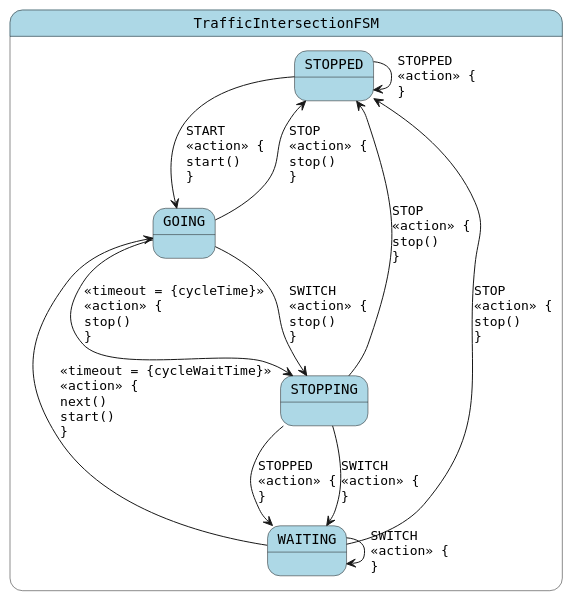
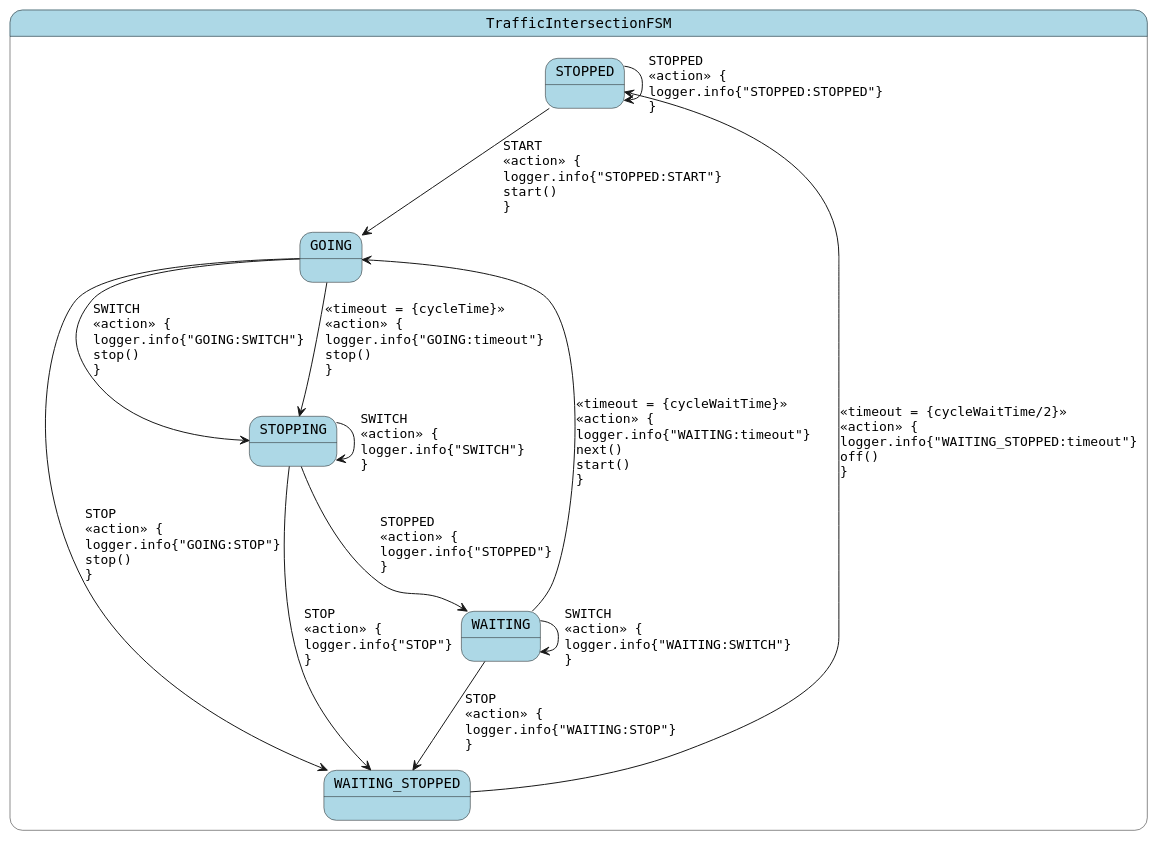
The diagram in generated/traffic-intersection.plantuml (open-jumpco/kfsm-android-compose-traffic), drawn with PlantUML before and after one commit. The commit also changed 9 other files, not shown here.

Commit message:
updated docs and added simple state diagrams

```diff
--- a/generated/traffic-intersection.plantuml
+++ b/generated/traffic-intersection.plantuml
@@ -1,20 +1,21 @@
 @startuml
 skinparam StateFontName Helvetica
 skinparam defaultFontName Monospaced
 skinparam state {
     BackgroundColor LightBlue
 }
 state TrafficIntersectionFSM {
-STOPPED --> GOING : START\l<<action>> {\lstart()\l}
-STOPPED --> STOPPED : STOPPED\l<<action>> {\l}
-GOING --> STOPPING : <<timeout = {cycleTime}>>\l<<action>> {\lstop()\l}
-GOING --> STOPPING : SWITCH\l<<action>> {\lstop()\l}
-GOING --> STOPPED : STOP\l<<action>> {\lstop()\l}
-STOPPING --> WAITING : STOPPED\l<<action>> {\l}
-STOPPING --> WAITING : SWITCH\l<<action>> {\l}
-STOPPING --> STOPPED : STOP\l<<action>> {\lstop()\l}
-WAITING --> GOING : <<timeout = {cycleWaitTime}>>\l<<action>> {\lnext()\lstart()\l}
-WAITING --> WAITING : SWITCH\l<<action>> {\l}
-WAITING --> STOPPED : STOP\l<<action>> {\lstop()\l}
+STOPPED --> GOING : START\l<<action>> {\llogger.info{"STOPPED:START"}\lstart()\l}
+STOPPED --> STOPPED : STOPPED\l<<action>> {\llogger.info{"STOPPED:STOPPED"}\l}
+GOING --> STOPPING : <<timeout = {cycleTime}>>\l<<action>> {\llogger.info{"GOING:timeout"}\lstop()\l}
+GOING --> STOPPING : SWITCH\l<<action>> {\llogger.info{"GOING:SWITCH"}\lstop()\l}
+GOING --> WAITING_STOPPED : STOP\l<<action>> {\llogger.info{"GOING:STOP"}\lstop()\l}
+STOPPING --> WAITING : STOPPED\l<<action>> {\llogger.info{"STOPPED"}\l}
+STOPPING --> STOPPING : SWITCH\l<<action>> {\llogger.info{"SWITCH"}\l}
+STOPPING --> WAITING_STOPPED : STOP\l<<action>> {\llogger.info{"STOP"}\l}
+WAITING --> GOING : <<timeout = {cycleWaitTime}>>\l<<action>> {\llogger.info{"WAITING:timeout"}\lnext()\lstart()\l}
+WAITING --> WAITING : SWITCH\l<<action>> {\llogger.info{"WAITING:SWITCH"}\l}
+WAITING --> WAITING_STOPPED : STOP\l<<action>> {\llogger.info{"WAITING:STOP"}\l}
+WAITING_STOPPED --> STOPPED : <<timeout = {cycleWaitTime/2}>>\l<<action>> {\llogger.info{"WAITING_STOPPED:timeout"}\loff()\l}
 }
 @enduml
```
